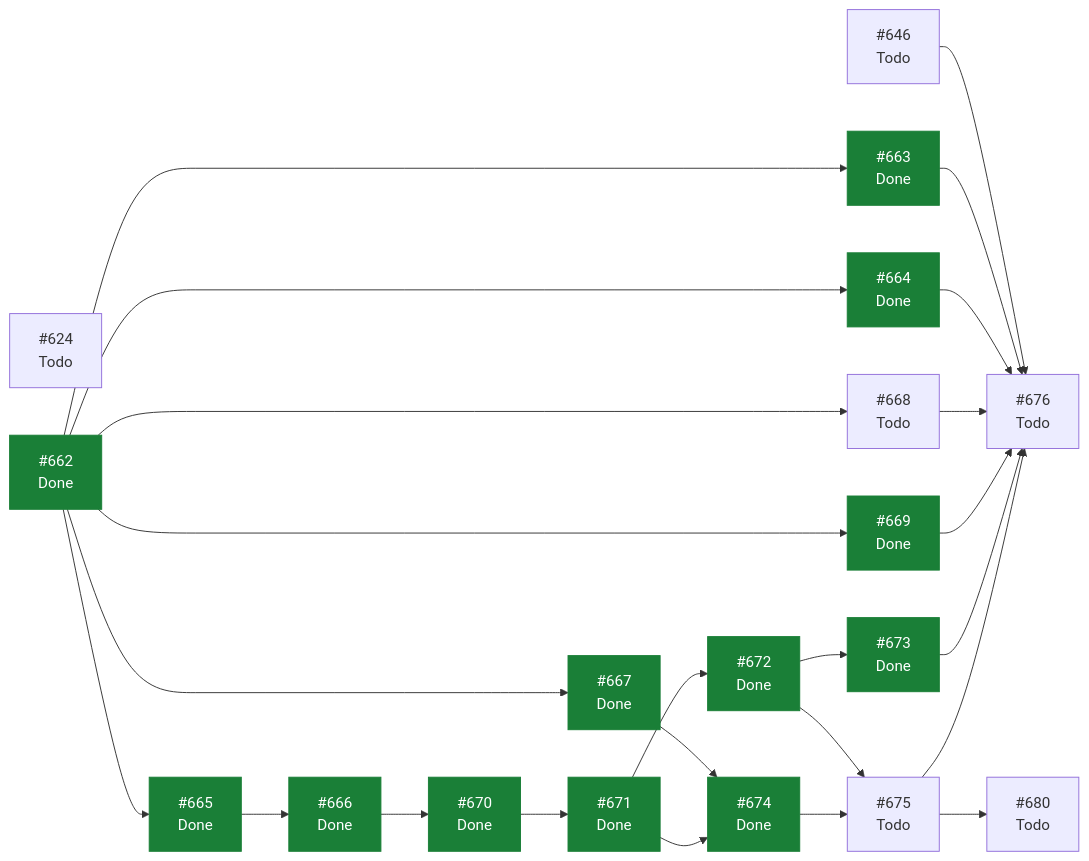
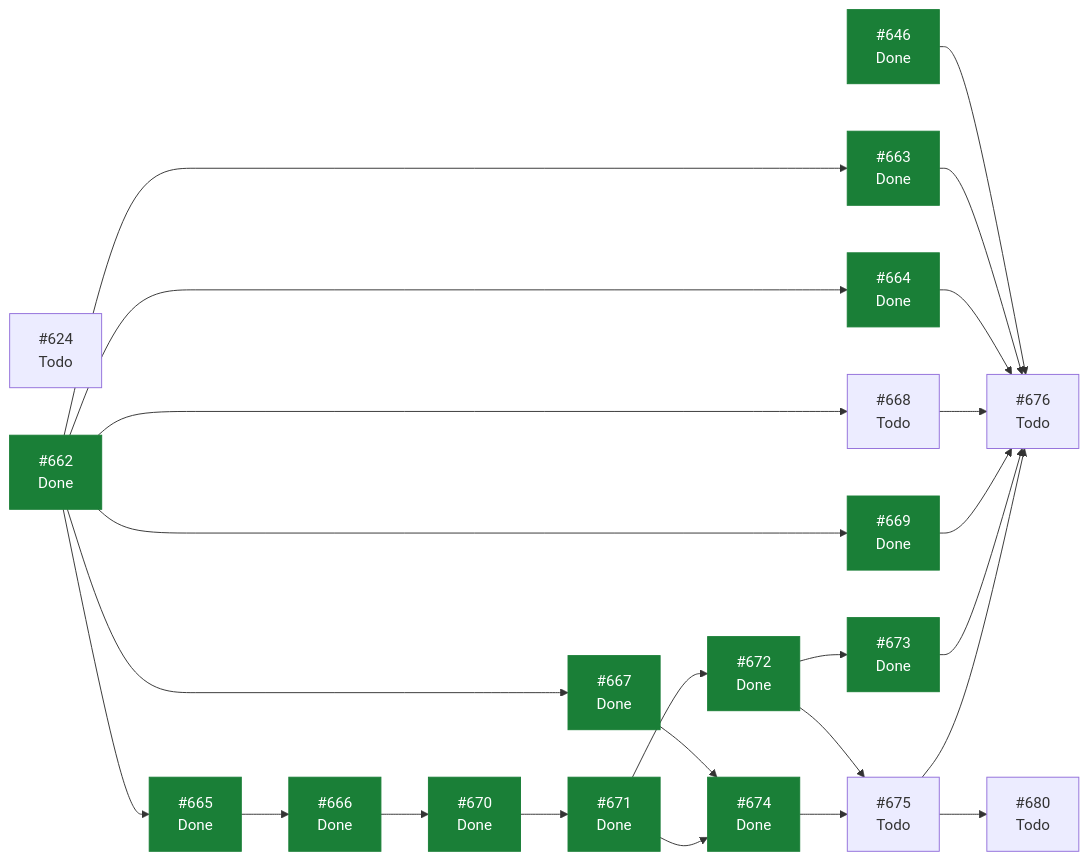
One commit to ecamp0s/evault changed the diagram in docs/planning/STATUS.md. Above: the diagram before and after it, drawn with Mermaid. The commit also changed other lines of this file, not shown here.

````diff
--- a/docs/planning/STATUS.md
+++ b/docs/planning/STATUS.md
@@ -116,46 +115,46 @@
 ```mermaid
 graph LR
   I624["#624<br/>Todo"]
-  I646["#646<br/>Todo"]
+  I646["#646<br/>Done"]
   I662["#662<br/>Done"]
   I663["#663<br/>Done"]
   I664["#664<br/>Done"]
   I665["#665<br/>Done"]
   I666["#666<br/>Done"]
   I667["#667<br/>Done"]
   I668["#668<br/>Todo"]
   I669["#669<br/>Done"]
   I670["#670<br/>Done"]
   I671["#671<br/>Done"]
   I672["#672<br/>Done"]
   I673["#673<br/>Done"]
   I674["#674<br/>Done"]
   I675["#675<br/>Todo"]
   I676["#676<br/>Todo"]
   I680["#680<br/>Todo"]
   I646 --> I676
   I662 --> I663
   I662 --> I664
   I662 --> I665
   I662 --> I667
   I662 --> I668
   I662 --> I669
   I663 --> I676
   I664 --> I676
   I665 --> I666
   I666 --> I670
   I667 --> I674
   I668 --> I676
   I669 --> I676
   I670 --> I671
   I671 --> I672
   I671 --> I674
   I672 --> I673
   I672 --> I675
   I673 --> I676
   I674 --> I675
   I675 --> I676
   I675 --> I680
   classDef hecho fill:#1a7f37,stroke:#1a7f37,color:#fff;
-  class I662,I663,I664,I665,I666,I667,I669,I670,I671,I672,I673,I674 hecho;
+  class I646,I662,I663,I664,I665,I666,I667,I669,I670,I671,I672,I673,I674 hecho;
 ```
````
